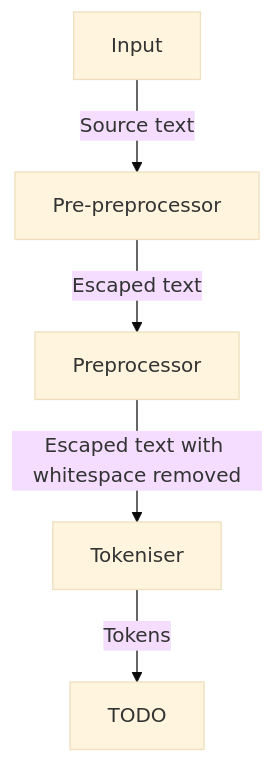
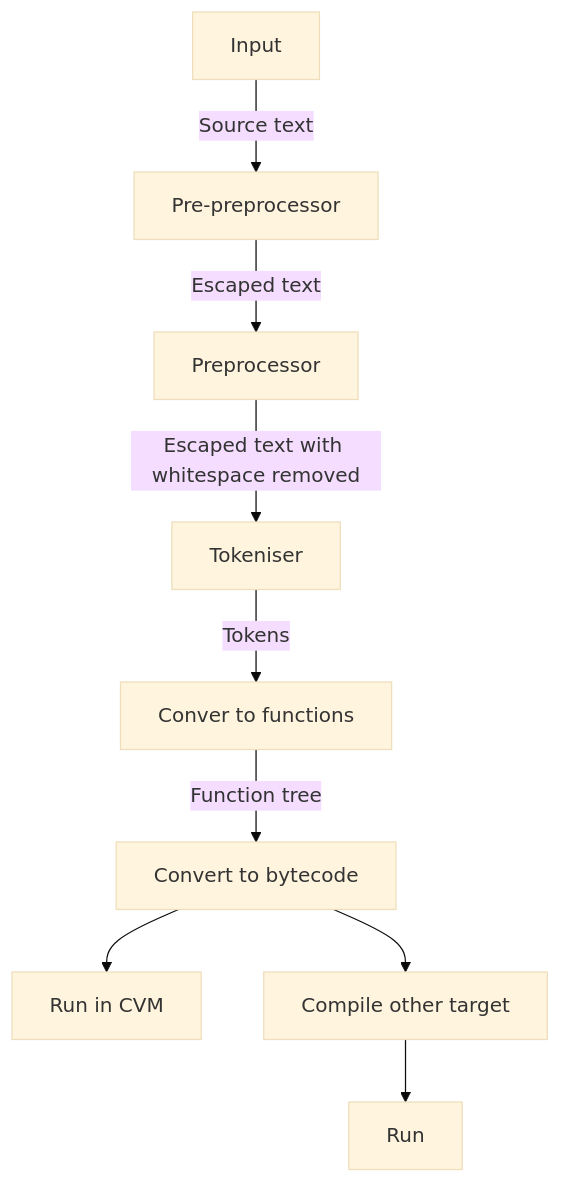
One commit to MediumDifficulty/carrot changed the diagram in README.md. Above: the diagram before and after it, drawn with Mermaid (base theme).

````diff
--- a/README.md
+++ b/README.md
@@ -5,8 +5,12 @@
 ```mermaid
 flowchart TD
     I[Input]
     --> |Source text| PPP[Pre-preprocessor]
     --> |Escaped text| PP[Preprocessor]
     --> |Escaped text with whitespace removed| T[Tokeniser]
-    --> |Tokens| TODO
+    --> |Tokens| F[Conver to functions]
+    --> |Function tree| B[Convert to bytecode]
+    B --> VM[Run in CVM]
+    B --> C[Compile other target]
+    C --> Run
 ```
````
